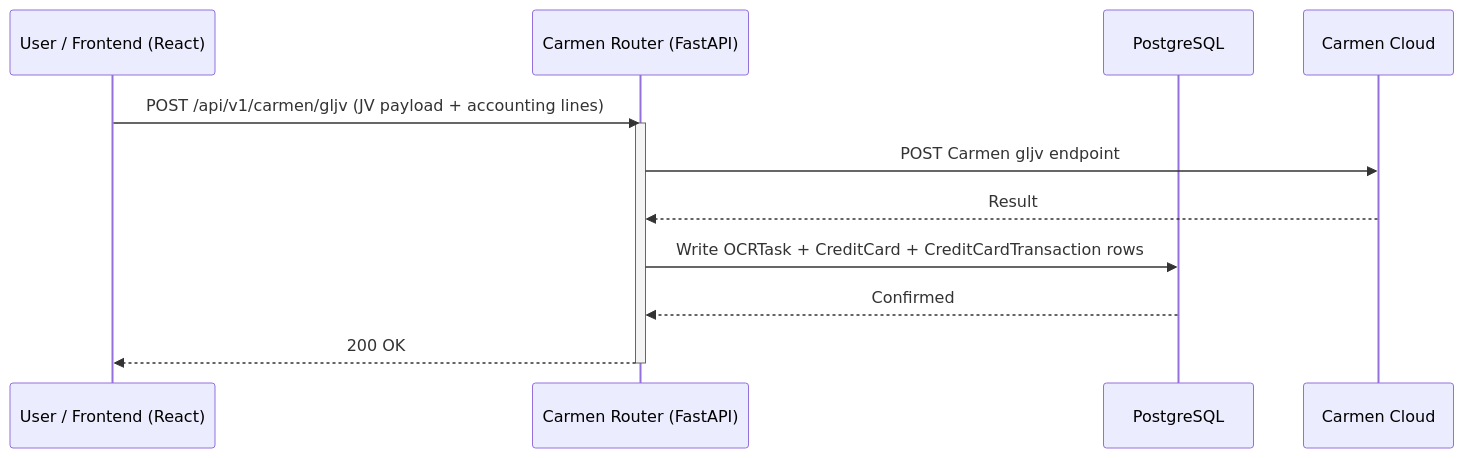
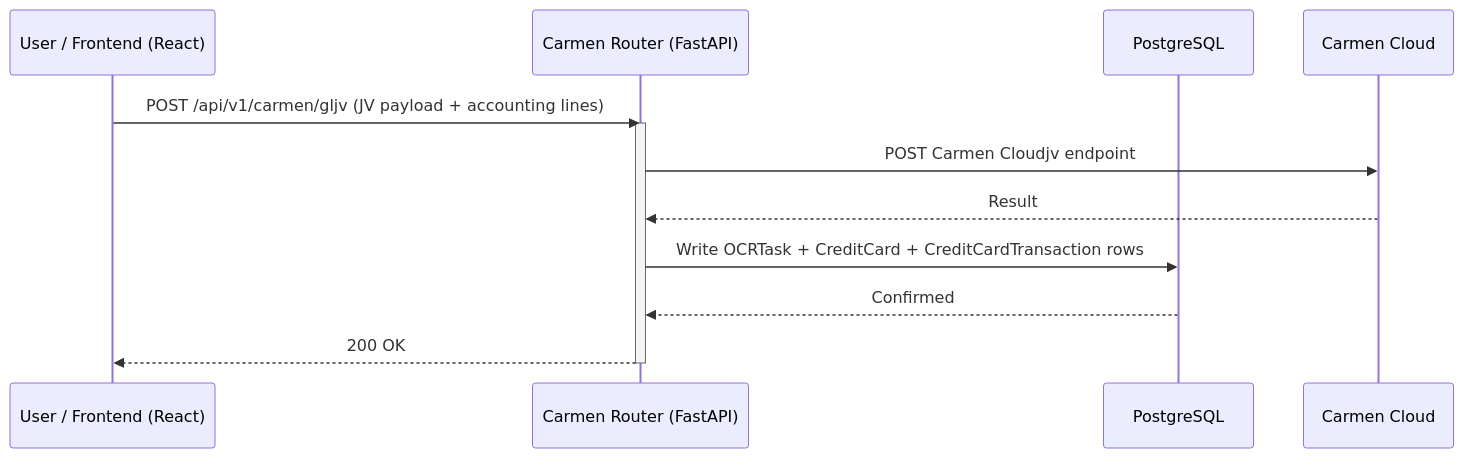
One commit to developer-carmensoftware/OCR changed the eighth of 8 diagrams in docs/Software_Requirements_Specification.md. Above: the diagram before and after it, drawn with Mermaid. The commit also changed other lines of this file and 54 other files, not shown here.

````diff
--- a/docs/Software_Requirements_Specification.md
+++ b/docs/Software_Requirements_Specification.md
@@ -296,16 +296,16 @@
 ```mermaid
 sequenceDiagram
     participant User as User / Frontend (React)
     participant API as Carmen Router (FastAPI)
     participant DB as PostgreSQL
     participant Carmen as Carmen Cloud
 
     User->>API: POST /api/v1/carmen/gljv (JV payload + accounting lines)
     activate API
-    API->>Carmen: POST Carmen gljv endpoint
+    API->>Carmen: POST Carmen Cloudjv endpoint
     Carmen-->>API: Result
     API->>DB: Write OCRTask + CreditCard + CreditCardTransaction rows
     DB-->>API: Confirmed
     API-->>User: 200 OK
     deactivate API
 ```
````
